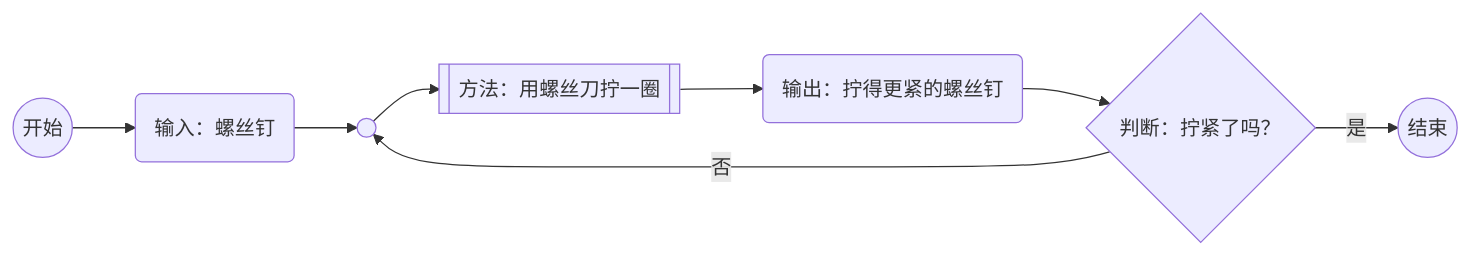
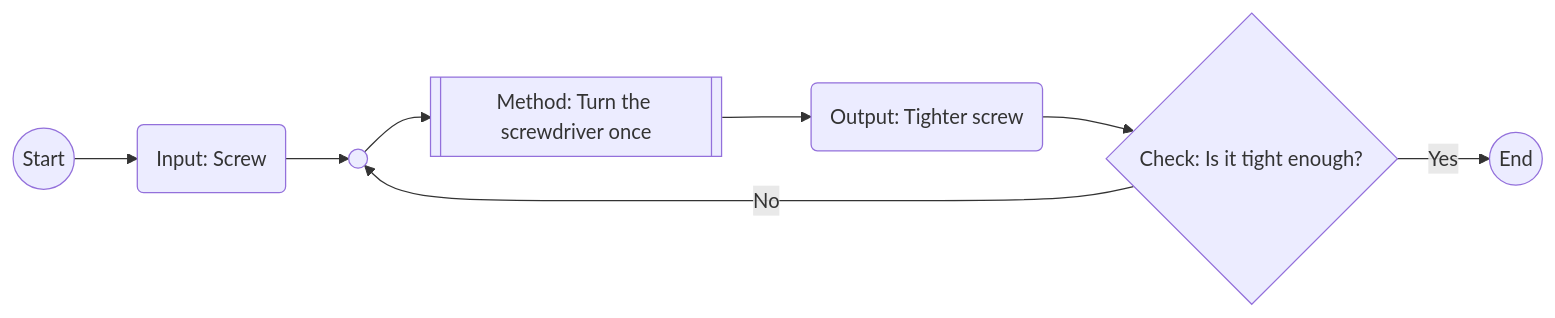
Before and after one commit to Dreamwalkor/little-book-of-ai: the second of 3 diagrams in en/05.md, drawn with Mermaid. The commit also changed other lines of this file and 27 other files, not shown here.

````diff
--- a/en/05.md
+++ b/en/05.md
@@ -179,8 +173,8 @@
 ```mermaid
 flowchart LR
-    A((开始)) --> B(输入：螺丝钉) --> O(( )) --> C[[方法：用螺丝刀拧一圈]]
-    C --> D(输出：拧得更紧的螺丝钉)
-    D --> E{判断：拧紧了吗？}
-    E -->|是| F((结束))
-    E -->|否| O
+    A((Start)) --> B(Input: Screw) --> O(( )) --> C[[Method: Turn the screwdriver once]]
+    C --> D(Output: Tighter screw)
+    D --> E{Check: Is it tight enough?}
+    E -->|Yes| F((End))
+    E -->|No| O
 ```
````
